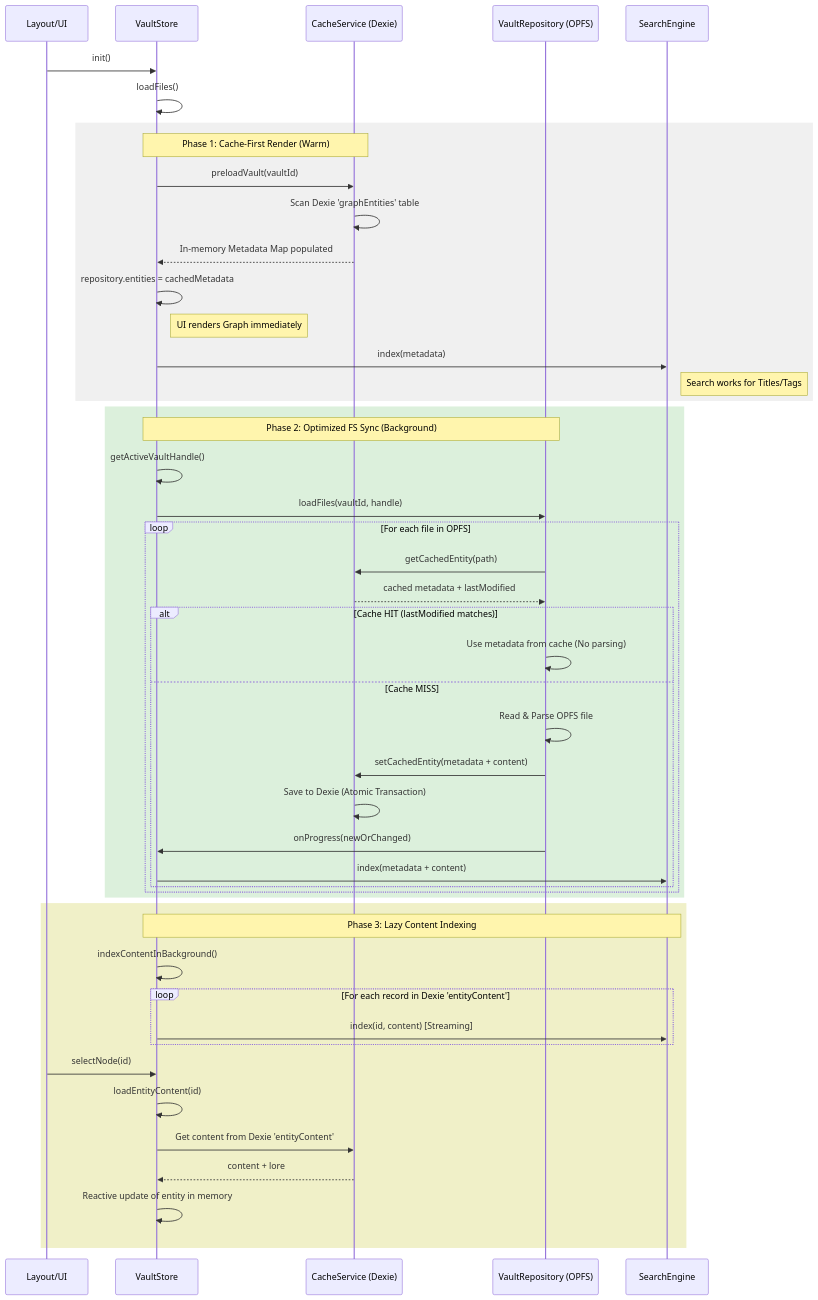
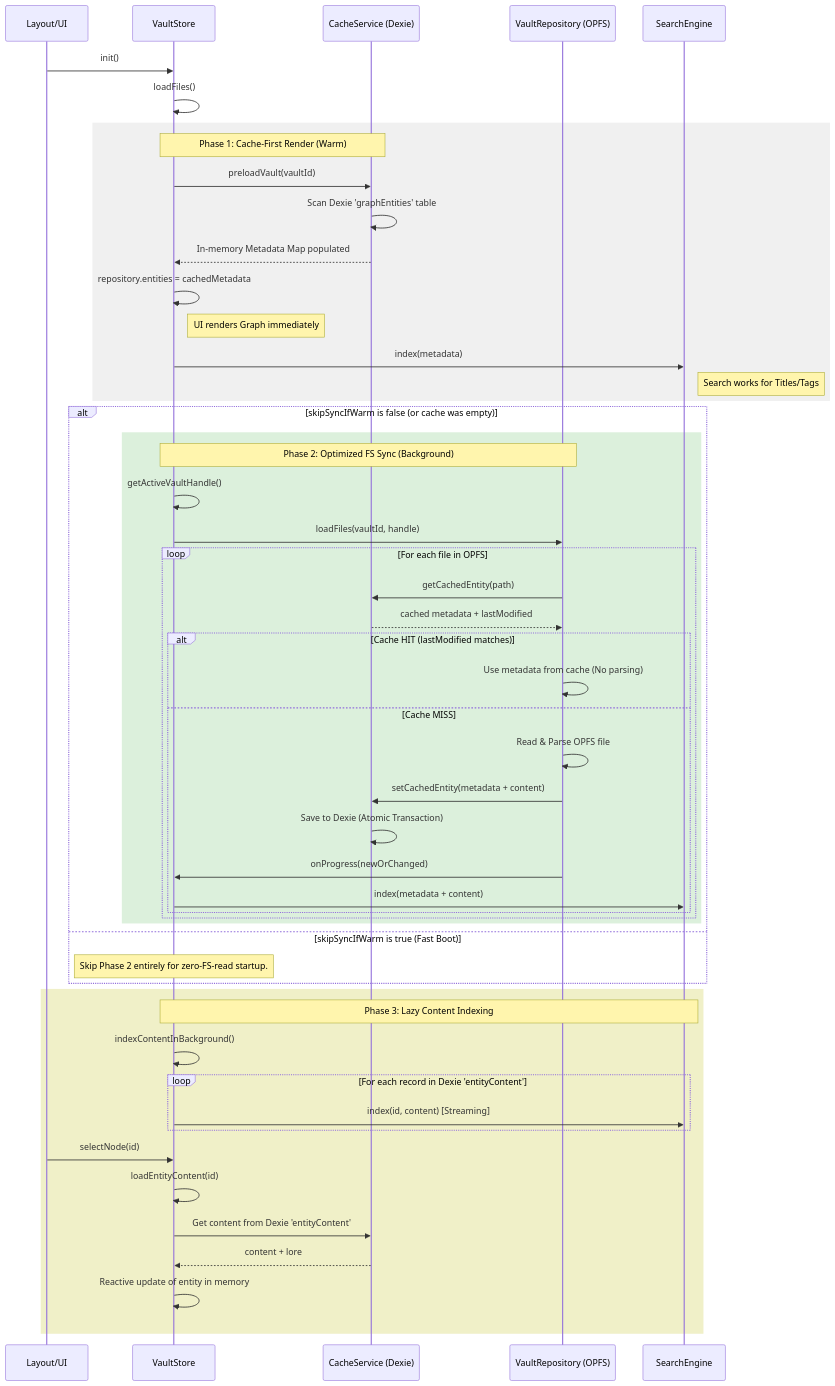
The diagram in docs/VAULT_INIT_FLOW.md (eserlan/Codex-Cryptica), drawn with Mermaid before and after one commit. The commit also changed 2 other files, not shown here.

Commit message:
✨ feat: restore skipSyncIfWarm for zero-fs-read startup
- Skips OPFS directory walk entirely if Dexie cache is warm.
- Significantly improves startup time for large vaults (saves ~7s on 300+ entities).
- Explicit sync is still performed on vault switch or import.
- Updated initialization docs.

````diff
--- a/docs/VAULT_INIT_FLOW.md
+++ b/docs/VAULT_INIT_FLOW.md
@@ -7,55 +7,59 @@
 ```mermaid
 sequenceDiagram
     participant UI as Layout/UI
     participant VS as VaultStore
     participant CS as CacheService (Dexie)
     participant VR as VaultRepository (OPFS)
     participant SE as SearchEngine
 
     UI->>VS: init()
     VS->>VS: loadFiles()
 
     rect rgb(240, 240, 240)
     Note over VS,CS: Phase 1: Cache-First Render (Warm)
     VS->>CS: preloadVault(vaultId)
     CS->>CS: Scan Dexie 'graphEntities' table
     CS-->>VS: In-memory Metadata Map populated
     VS->>VS: repository.entities = cachedMetadata
     Note right of VS: UI renders Graph immediately
     VS->>SE: index(metadata)
     Note right of SE: Search works for Titles/Tags
     end
 
+    alt skipSyncIfWarm is false (or cache was empty)
     rect rgb(220, 240, 220)
     Note over VS,VR: Phase 2: Optimized FS Sync (Background)
     VS->>VS: getActiveVaultHandle()
     VS->>VR: loadFiles(vaultId, handle)
     loop For each file in OPFS
         VR->>CS: getCachedEntity(path)
         CS-->>VR: cached metadata + lastModified
         alt Cache HIT (lastModified matches)
             VR->>VR: Use metadata from cache (No parsing)
         else Cache MISS
             VR->>VR: Read & Parse OPFS file
             VR->>CS: setCachedEntity(metadata + content)
             CS->>CS: Save to Dexie (Atomic Transaction)
             VR->>VS: onProgress(newOrChanged)
             VS->>SE: index(metadata + content)
         end
     end
     end
+    else skipSyncIfWarm is true (Fast Boot)
+    Note over VS: Skip Phase 2 entirely for zero-FS-read startup.
+    end
 
     rect rgb(240, 240, 200)
     Note over VS,SE: Phase 3: Lazy Content Indexing
     VS->>VS: indexContentInBackground()
     loop For each record in Dexie 'entityContent'
         VS->>SE: index(id, content) [Streaming]
     end
 
     UI->>VS: selectNode(id)
     VS->>VS: loadEntityContent(id)
     VS->>CS: Get content from Dexie 'entityContent'
     CS-->>VS: content + lore
     VS->>VS: Reactive update of entity in memory
     end
 ```
````
